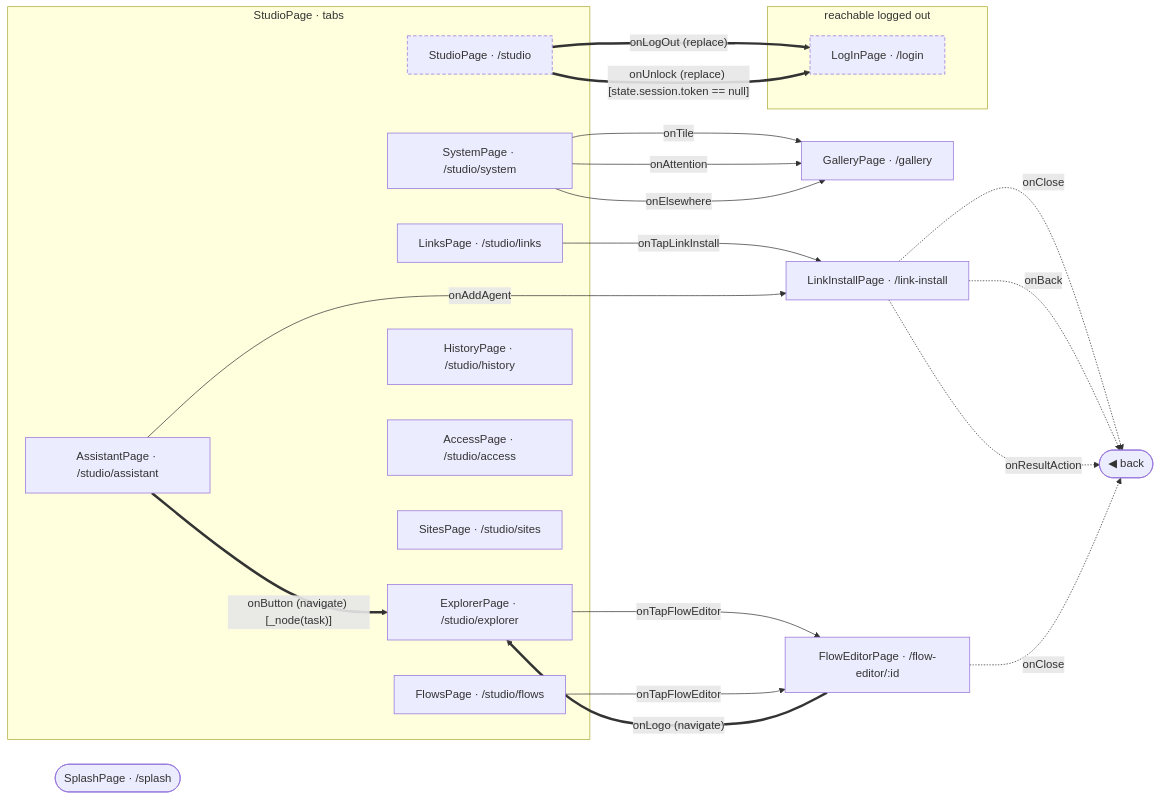
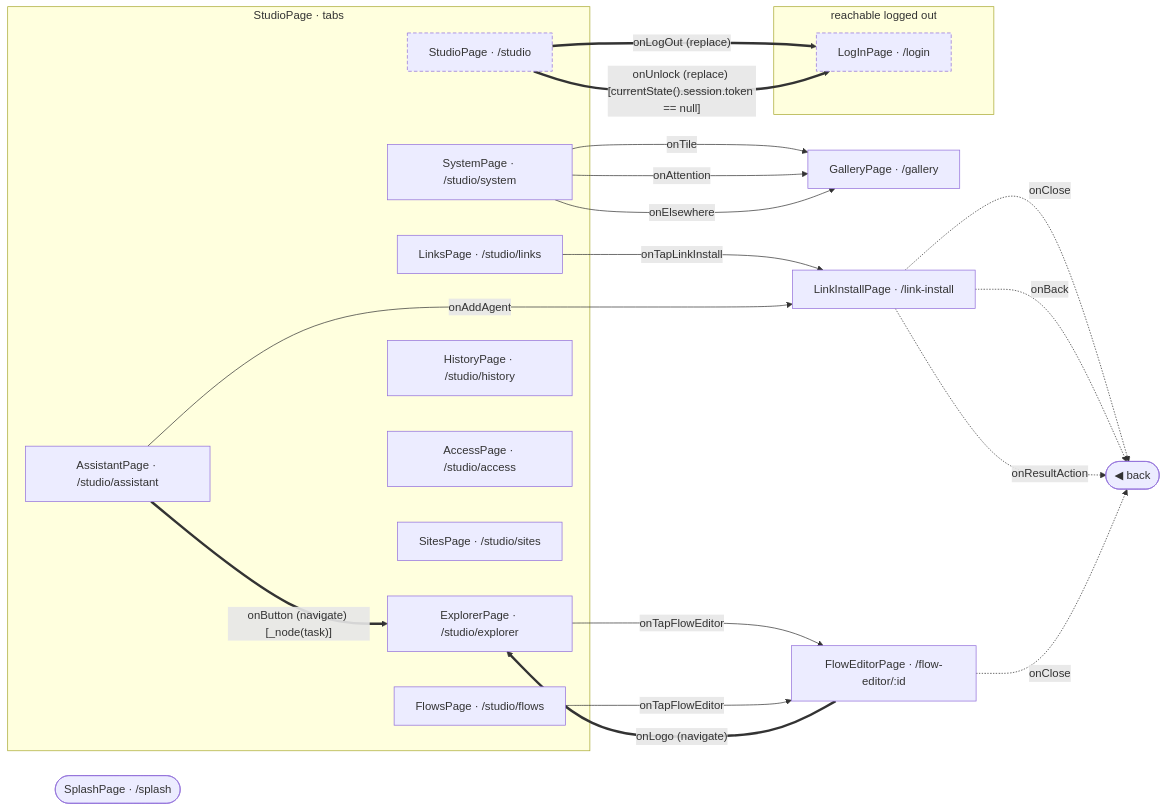
One commit to gencto/wyrm changed the diagram in studio/docs/flows/README.md. Above: the diagram before and after it, drawn with Mermaid. The commit also changed 5 other files, not shown here.

````diff
--- a/studio/docs/flows/README.md
+++ b/studio/docs/flows/README.md
@@ -7,41 +7,41 @@
 ```mermaid
 flowchart LR
     subgraph frxPublic["reachable logged out"]
         logIn["LogInPage · /login"]
     end
     splash(["SplashPage · /splash"])
     gallery["GalleryPage · /gallery"]
     subgraph frxTabs_studio["StudioPage · tabs"]
         studio["StudioPage · /studio"]
         explorer["ExplorerPage · /studio/explorer"]
         links["LinksPage · /studio/links"]
         flows["FlowsPage · /studio/flows"]
         history["HistoryPage · /studio/history"]
         access["AccessPage · /studio/access"]
         sites["SitesPage · /studio/sites"]
         assistant["AssistantPage · /studio/assistant"]
         system["SystemPage · /studio/system"]
     end
     linkInstall["LinkInstallPage · /link-install"]
     flowEditor["FlowEditorPage · /flow-editor/:id"]
     frxBack(["◀ back"])
 
     studio ==>|"onLogOut (replace)"| logIn
-    studio ==>|"onUnlock (replace) [state.session.token == null]"| logIn
+    studio ==>|"onUnlock (replace) [currentState().session.token == null]"| logIn
     explorer -->|"onTapFlowEditor"| flowEditor
     links -->|"onTapLinkInstall"| linkInstall
     flows -->|"onTapFlowEditor"| flowEditor
     assistant -->|"onAddAgent"| linkInstall
     assistant ==>|"onButton (navigate) [_node(task)]"| explorer
     system -->|"onTile"| gallery
     system -->|"onAttention"| gallery
     system -->|"onElsewhere"| gallery
     linkInstall -.->|"onClose"| frxBack
     linkInstall -.->|"onBack"| frxBack
     linkInstall -.->|"onResultAction"| frxBack
     flowEditor -.->|"onClose"| frxBack
     flowEditor ==>|"onLogo (navigate)"| explorer
 
     classDef frxEntry stroke-dasharray: 5 3
     class logIn,studio frxEntry
 ```
````
